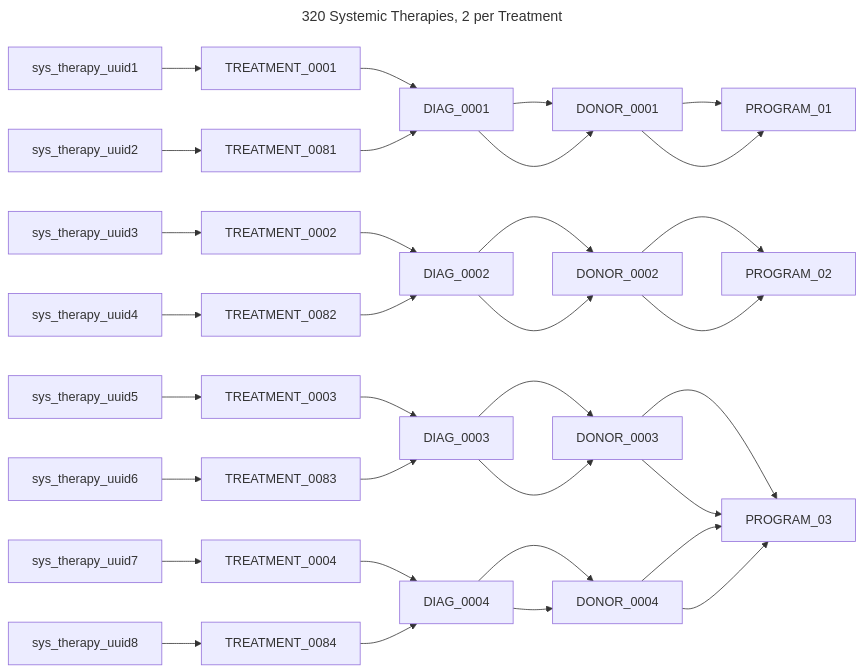
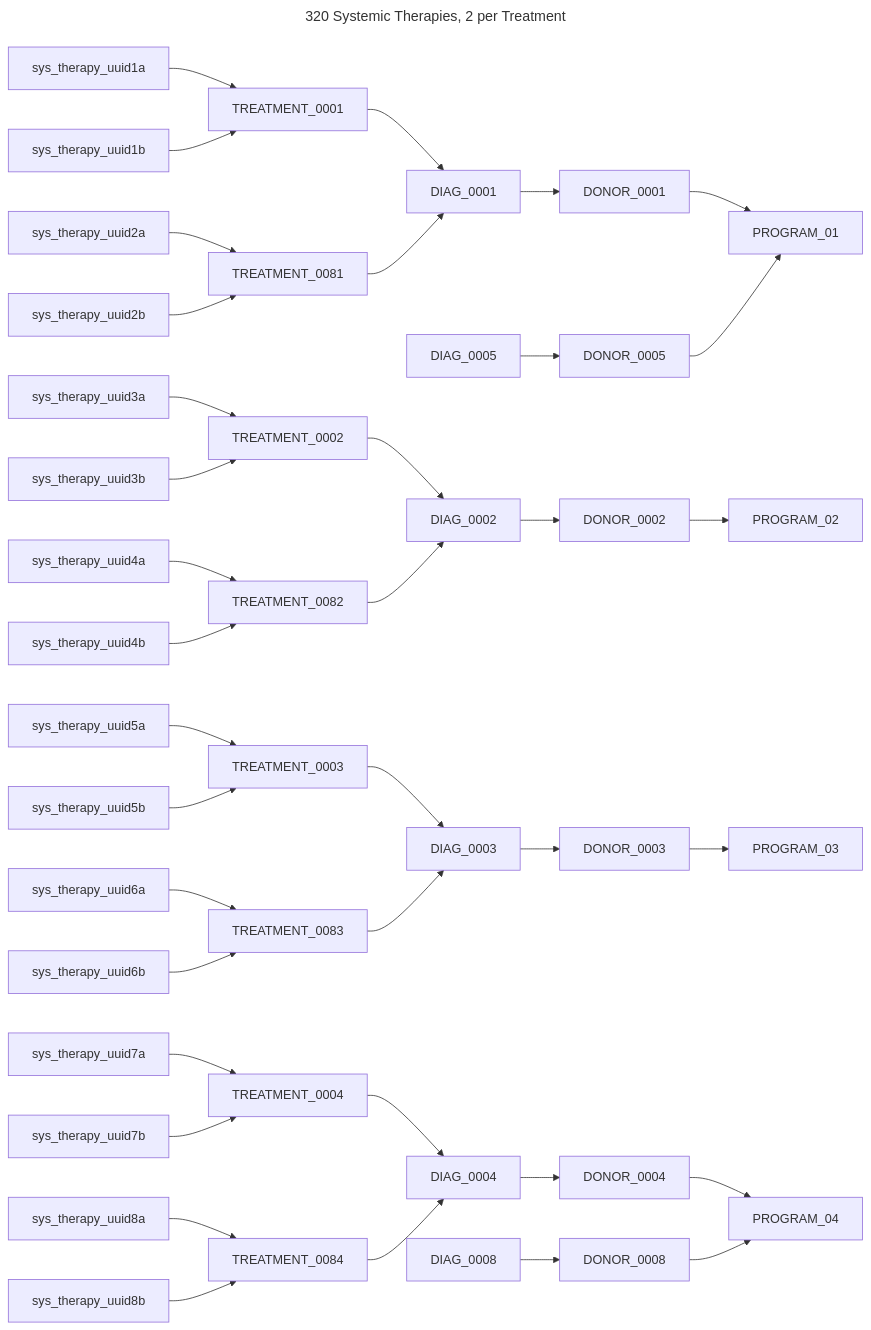
Before and after one commit to CanDIG/katsu: the sixth of 13 diagrams in chord_metadata_service/mohpackets/data/small_dataset/README.md, drawn with Mermaid. The commit also changed other lines of this file, not shown here.

Commit message:
fix sys therapies

````diff
--- a/chord_metadata_service/mohpackets/data/small_dataset/README.md
+++ b/chord_metadata_service/mohpackets/data/small_dataset/README.md
@@ -114,14 +120,36 @@
 ```mermaid
 ---
 title: 320 Systemic Therapies, 2 per Treatment
 ---
 graph LR;  
-  sys_therapy_uuid1 --> TREATMENT_0001 --> DIAG_0001 --> DONOR_0001 --> PROGRAM_01;
-  sys_therapy_uuid2 --> TREATMENT_0081 --> DIAG_0001 --> DONOR_0001 --> PROGRAM_01;  
-  sys_therapy_uuid3 --> TREATMENT_0002 --> DIAG_0002 --> DONOR_0002 --> PROGRAM_02; 
-  sys_therapy_uuid4 --> TREATMENT_0082 --> DIAG_0002 --> DONOR_0002 --> PROGRAM_02;  
-  sys_therapy_uuid5 --> TREATMENT_0003 --> DIAG_0003 --> DONOR_0003 --> PROGRAM_03; 
-  sys_therapy_uuid6 --> TREATMENT_0083 --> DIAG_0003 --> DONOR_0003 --> PROGRAM_03; 
-  sys_therapy_uuid7 --> TREATMENT_0004 --> DIAG_0004 --> DONOR_0004 --> PROGRAM_03; 
-  sys_therapy_uuid8 --> TREATMENT_0084 --> DIAG_0004 --> DONOR_0004 --> PROGRAM_03; 
+  DIAG_0001 --> DONOR_0001 --> PROGRAM_01;  
+  DIAG_0005 --> DONOR_0005 --> PROGRAM_01;  
+  DIAG_0002 --> DONOR_0002 --> PROGRAM_02;  
+  DIAG_0003 --> DONOR_0003 --> PROGRAM_03;  
+  DIAG_0004 --> DONOR_0004 --> PROGRAM_04;
+  DIAG_0008 --> DONOR_0008 --> PROGRAM_04;
+  TREATMENT_0001 --> DIAG_0001;
+  TREATMENT_0081 --> DIAG_0001;  
+  TREATMENT_0002 --> DIAG_0002; 
+  TREATMENT_0082 --> DIAG_0002;  
+  TREATMENT_0003 --> DIAG_0003; 
+  TREATMENT_0083 --> DIAG_0003; 
+  TREATMENT_0004 --> DIAG_0004; 
+  TREATMENT_0084 --> DIAG_0004; 
+  sys_therapy_uuid1a --> TREATMENT_0001;
+  sys_therapy_uuid1b --> TREATMENT_0001;
+  sys_therapy_uuid2a --> TREATMENT_0081;
+  sys_therapy_uuid2b --> TREATMENT_0081;  
+  sys_therapy_uuid3a --> TREATMENT_0002; 
+  sys_therapy_uuid3b --> TREATMENT_0002; 
+  sys_therapy_uuid4a --> TREATMENT_0082;  
+  sys_therapy_uuid4b --> TREATMENT_0082;  
+  sys_therapy_uuid5a --> TREATMENT_0003; 
+  sys_therapy_uuid5b --> TREATMENT_0003; 
+  sys_therapy_uuid6a --> TREATMENT_0083; 
+  sys_therapy_uuid6b --> TREATMENT_0083; 
+  sys_therapy_uuid7a --> TREATMENT_0004; 
+  sys_therapy_uuid7b --> TREATMENT_0004; 
+  sys_therapy_uuid8a --> TREATMENT_0084;
+  sys_therapy_uuid8b --> TREATMENT_0084;  
 ```
````
